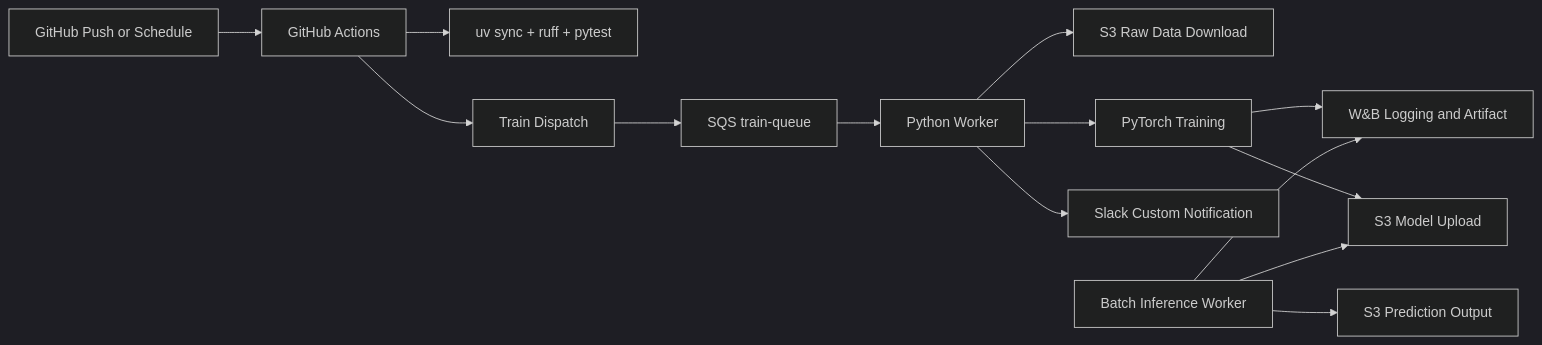
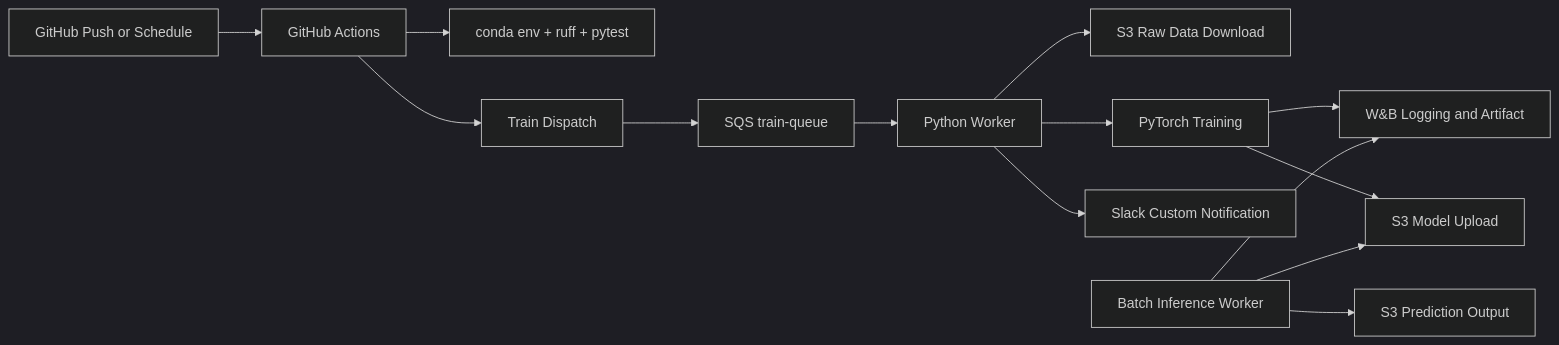
Before and after one commit to AIBootcamp24th/mlops-mlops-team-3: the diagram in README.md, drawn with Mermaid (dark theme). The commit also changed other lines of this file and 6 other files, not shown here.

````diff
--- a/README.md
+++ b/README.md
@@ -20,16 +24,16 @@
 ```mermaid
 graph LR
   A[GitHub Push or Schedule] --> B[GitHub Actions]
-  B --> C[uv sync + ruff + pytest]
+  B --> C[conda env + ruff + pytest]
   B --> D[Train Dispatch]
   D --> E[SQS train-queue]
   E --> F[Python Worker]
   F --> G[S3 Raw Data Download]
   F --> H[PyTorch Training]
   H --> I[W&B Logging and Artifact]
   H --> J[S3 Model Upload]
   F --> K[Slack Custom Notification]
   L[Batch Inference Worker] --> J
   L --> M[S3 Prediction Output]
   L --> I
 ```
````
